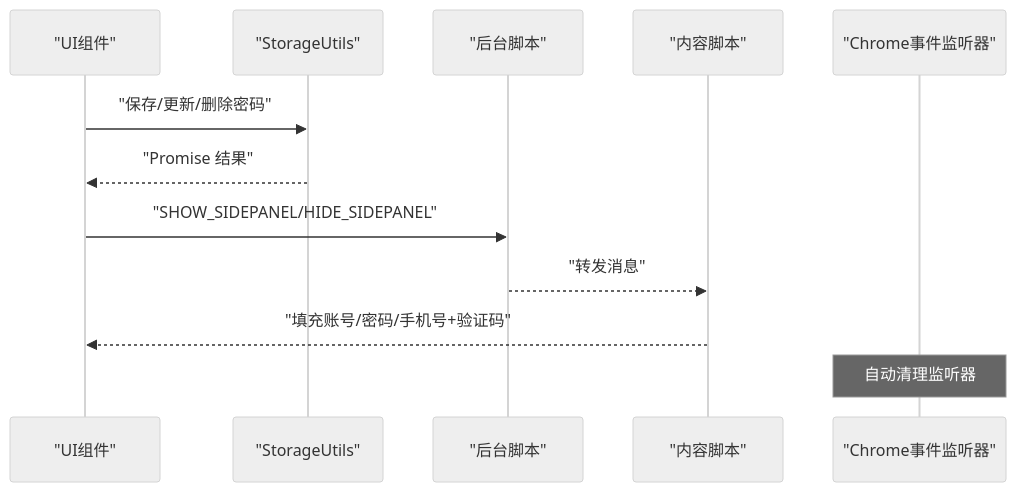
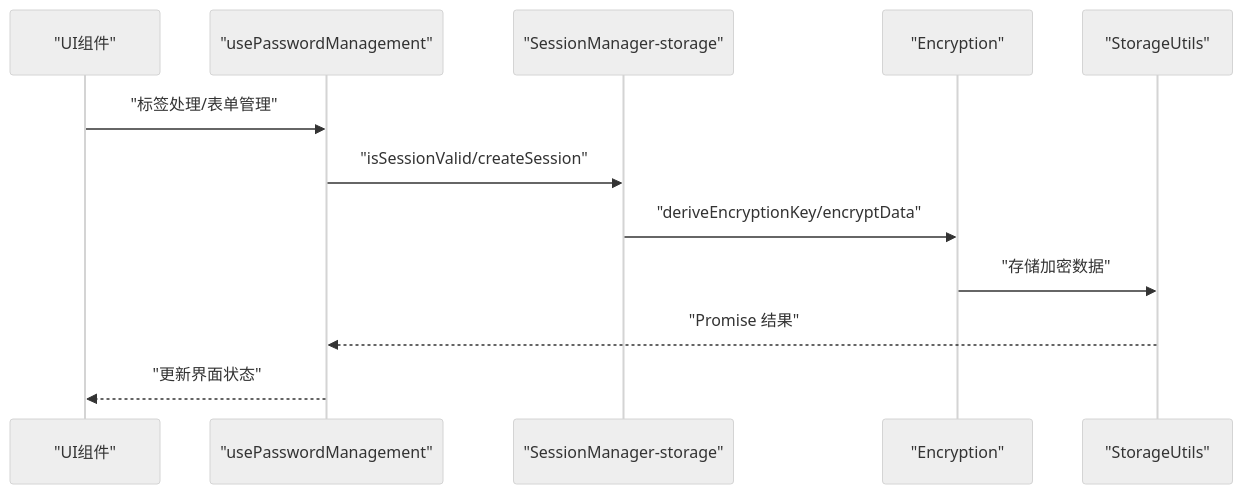
One commit to liaolongdong/account-password-helper changed the second of 10 diagrams in .qoder/repowiki/zh/content/核心模块/核心模块.md. Above: the diagram before and after it, drawn with Mermaid (neutral theme). The commit also changed other lines of this file and 7 other files, not shown here.

````diff
--- a/.qoder/repowiki/zh/content/核心模块/核心模块.md
+++ b/.qoder/repowiki/zh/content/核心模块/核心模块.md
@@ -155,14 +171,14 @@
 ```mermaid
 sequenceDiagram
 participant UI as "UI组件"
+participant UPM as "usePasswordManagement"
+participant SMS as "SessionManager-storage"
+participant E as "Encryption"
 participant ST as "StorageUtils"
-participant BG as "后台脚本"
-participant CT as "内容脚本"
-participant CL as "Chrome事件监听器"
-UI->>ST : "保存/更新/删除密码"
-ST-->>UI : "Promise 结果"
-UI->>BG : "SHOW_SIDEPANEL/HIDE_SIDEPANEL"
-BG-->>CT : "转发消息"
-CT-->>UI : "填充账号/密码/手机号+验证码"
-Note over CL : 自动清理监听器
+UI->>UPM : "标签处理/表单管理"
+UPM->>SMS : "isSessionValid/createSession"
+SMS->>E : "deriveEncryptionKey/encryptData"
+E->>ST : "存储加密数据"
+ST-->>UPM : "Promise 结果"
+UPM-->>UI : "更新界面状态"
 ```
````
